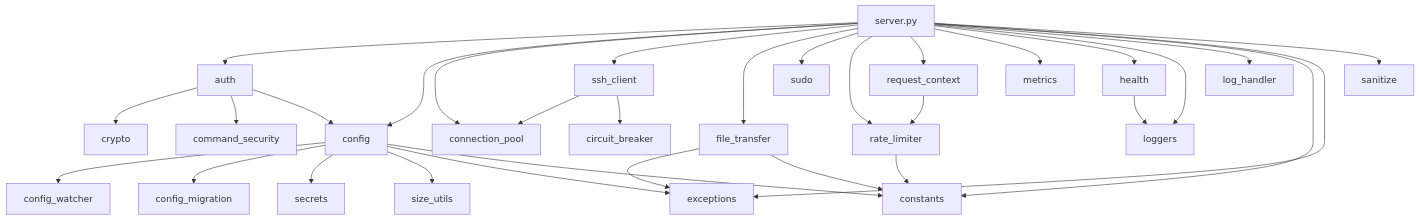
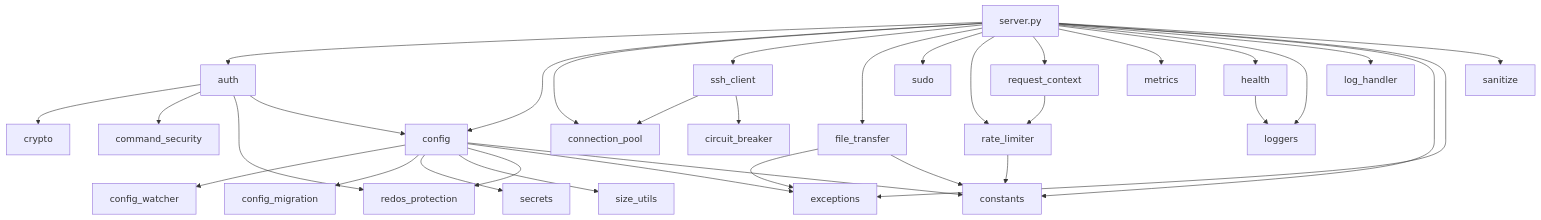
The diagram in AGENTS.md (gelse/ssh-mcp), drawn with Mermaid before and after one commit. The commit also changed other lines of this file and 43 other files, not shown here.

````diff
--- a/AGENTS.md
+++ b/AGENTS.md
@@ -82,34 +83,36 @@
 ```mermaid
 graph TD
   server[server.py] --> auth
   server --> config
   server --> cpool[connection_pool]
   server --> ssh[ssh_client]
   server --> ft[file_transfer]
   server --> sudo
   server --> rl[rate_limiter]
   server --> rc[request_context]
   server --> metrics
   server --> health
   server --> loggers
   server --> logh[log_handler]
   server --> constants
   server --> exceptions
   ssh --> cpool
   ssh --> cb[circuit_breaker]
   config --> cw[config_watcher]
   config --> cw2[config_migration]
   config --> sec[secrets]
   config --> su[size_utils]
+  config --> redos[redos_protection]
   config --> exceptions
   config --> constants
   server --> san[sanitize]
   auth --> crypto
   auth --> cs[command_security]
+  auth --> redos
   auth --> config
   ft --> exceptions
   ft --> constants
   rl --> constants
   rc --> rl
   health --> loggers
 ```
````
